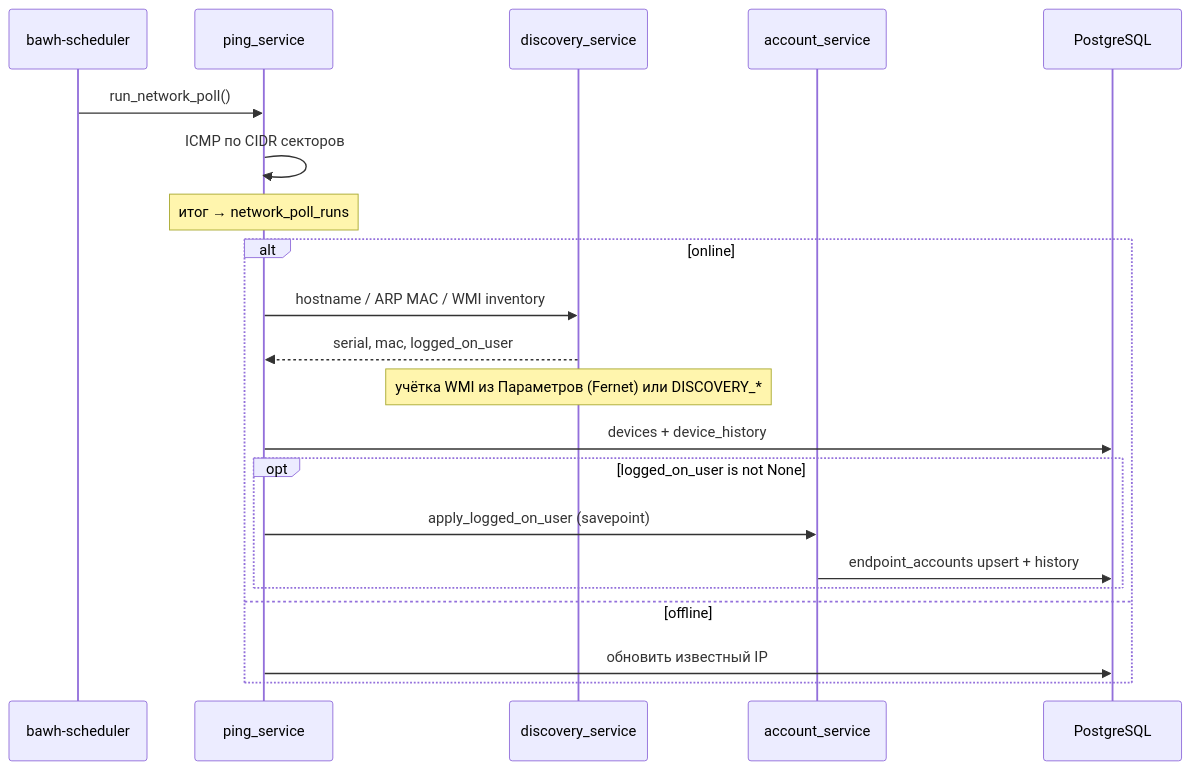
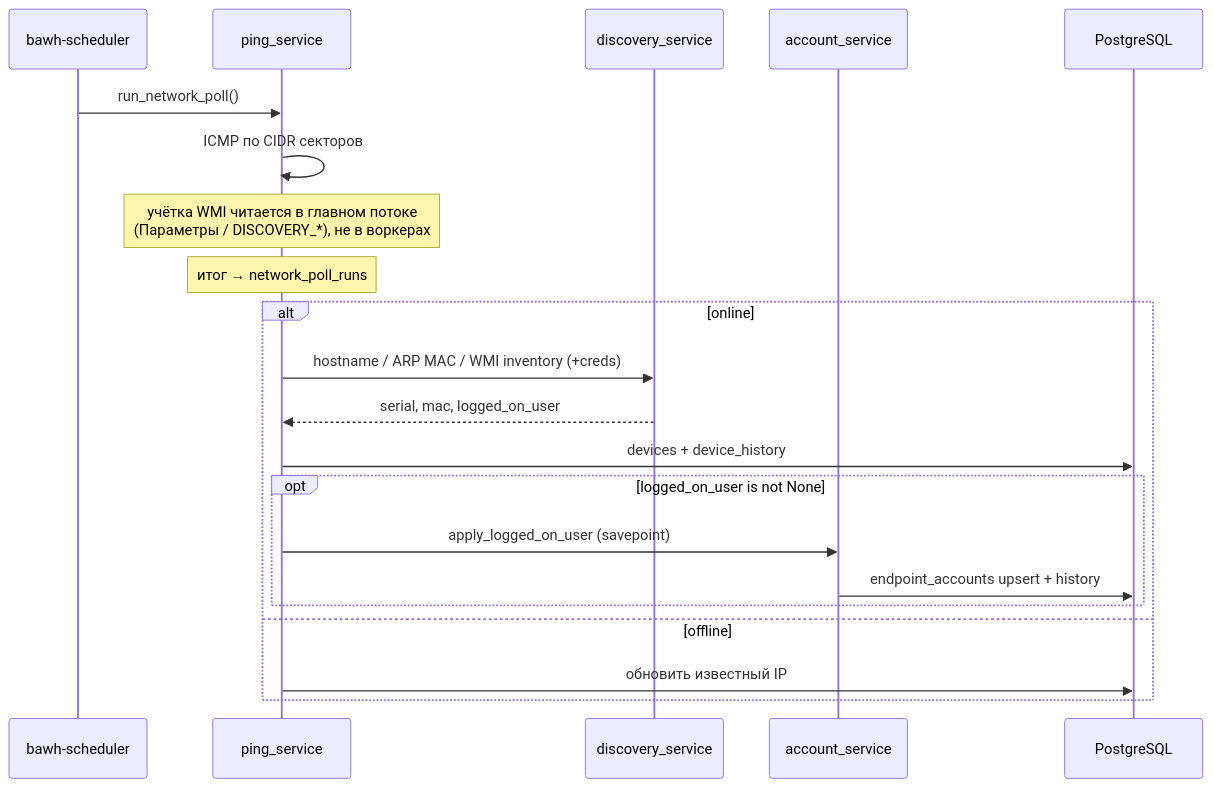
One commit to blazerity/admin-webhelper changed the second of 2 diagrams in docs/ARCHITECTURE.md. Above: the diagram before and after it, drawn with Mermaid. The commit also changed 6 other files, not shown here.

First line of the commit message:
Исправить WMI-опрос: учётку читать в главном потоке (v0.2.4) (#21)

````diff
--- a/docs/ARCHITECTURE.md
+++ b/docs/ARCHITECTURE.md
@@ -65,24 +65,24 @@
 ```mermaid
 sequenceDiagram
   participant Sch as bawh-scheduler
   participant Ping as ping_service
   participant Disc as discovery_service
   participant Acc as account_service
   participant DB as PostgreSQL
 
   Sch->>Ping: run_network_poll()
   Ping->>Ping: ICMP по CIDR секторов
+  Note over Ping: учётка WMI читается в главном потоке<br/>(Параметры / DISCOVERY_*), не в воркерах
   Note over Ping: итог → network_poll_runs
   alt online
-      Ping->>Disc: hostname / ARP MAC / WMI inventory
+      Ping->>Disc: hostname / ARP MAC / WMI inventory (+creds)
     Disc-->>Ping: serial, mac, logged_on_user
-    Note over Disc: учётка WMI из Параметров (Fernet) или DISCOVERY_*
     Ping->>DB: devices + device_history
     opt logged_on_user is not None
       Ping->>Acc: apply_logged_on_user (savepoint)
       Acc->>DB: endpoint_accounts upsert + history
     end
   else offline
     Ping->>DB: обновить известный IP
   end
 ```
````
